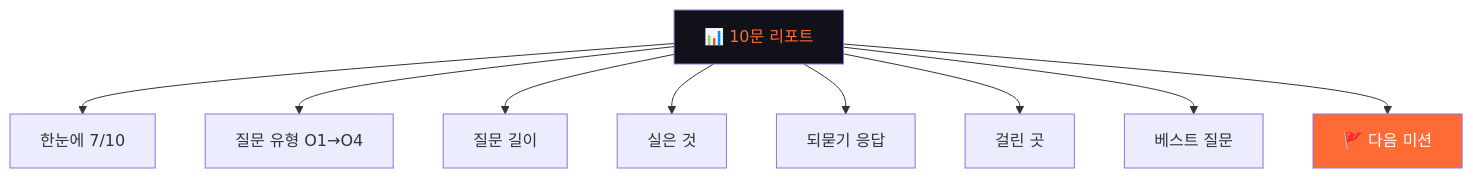
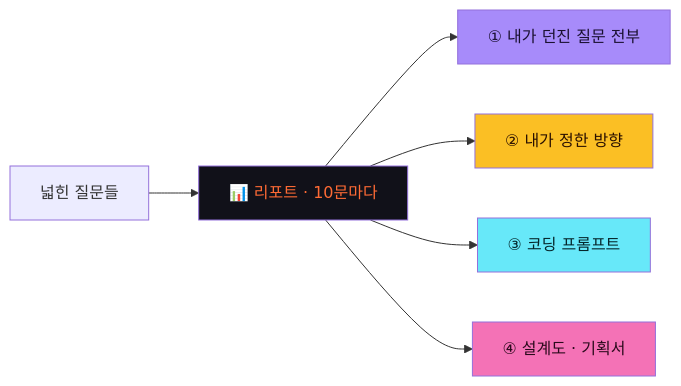
Before and after one commit to Collegenie-X/askback: the eighth of 15 diagrams in 틴스파크AI_기획문서.md, drawn with Mermaid. The commit also changed other lines of this file and 23 other files, not shown here.

````diff
--- a/틴스파크AI_기획문서.md
+++ b/틴스파크AI_기획문서.md
@@ -189,15 +288,13 @@
 ```mermaid
-flowchart TD
-  RPT["📊 10문 리포트"]
-  RPT --> C1["한눈에 7/10"]
-  RPT --> C2["질문 유형 O1→O4"]
-  RPT --> C3["질문 길이"]
-  RPT --> C4["실은 것"]
-  RPT --> C5["되묻기 응답"]
-  RPT --> C6["걸린 곳"]
-  RPT --> C7["베스트 질문"]
-  RPT --> C8["🚩 다음 미션"]
-  
+flowchart LR
+  ASK["넓힌 질문들"] --> RPT["📊 리포트 · 10문마다"]
+  RPT --> K1["① 내가 던진 질문 전부"]
+  RPT --> K2["② 내가 정한 방향"]
+  RPT --> K3["③ 코딩 프롬프트"]
+  RPT --> K4["④ 설계도 · 기획서"]
   style RPT fill:#111119,color:#FF6B35
-  style C8 fill:#FF6B35,color:#fff
+  style K1 fill:#a78bfa,color:#1a1030
+  style K2 fill:#fbbf24,color:#2a1000
+  style K3 fill:#67e8f9,color:#06262b
+  style K4 fill:#f472b6,color:#2a0a1c
 ```
````
